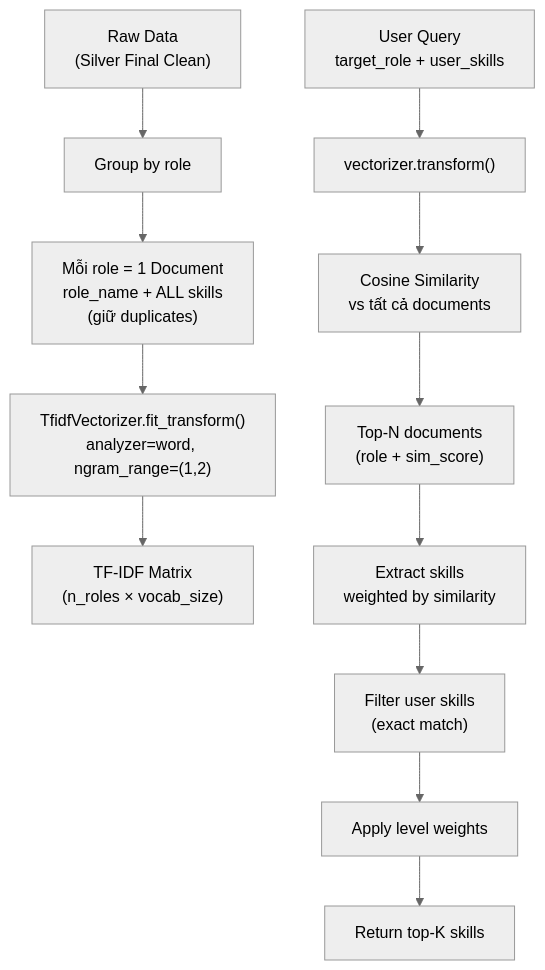
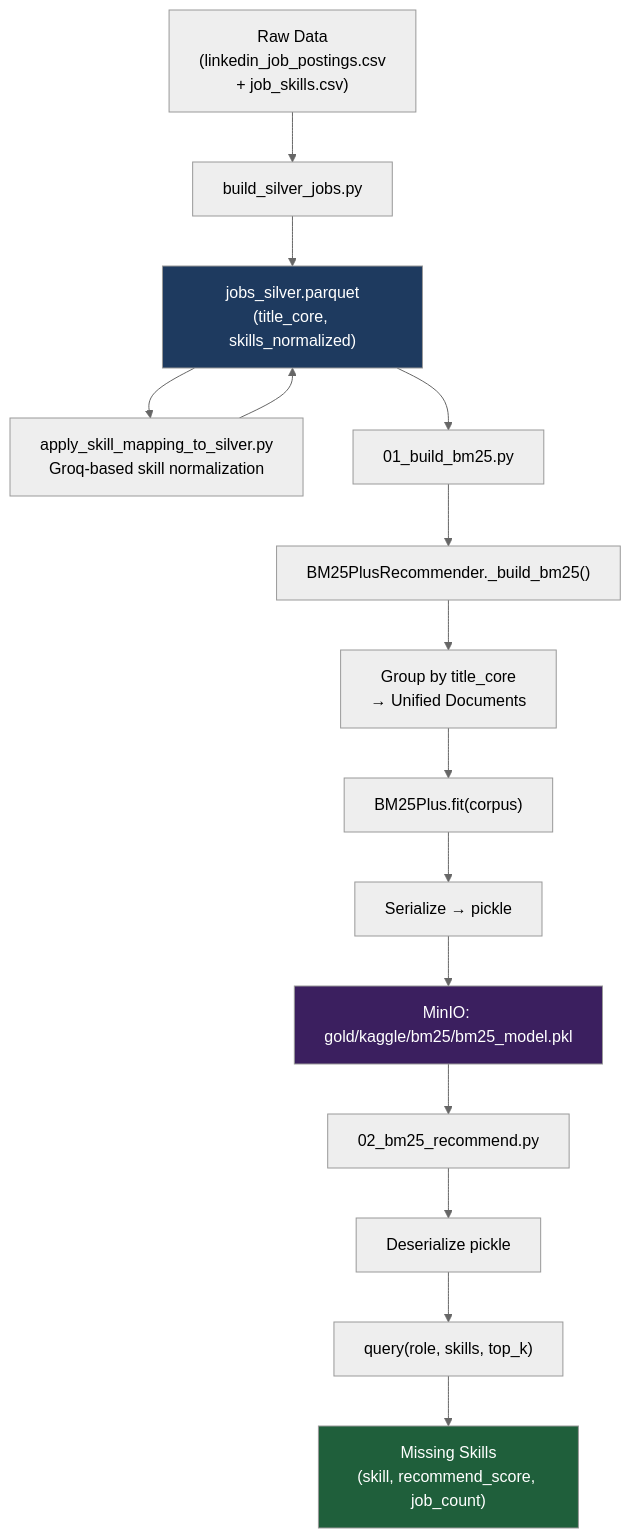
Before and after one commit to phulee9/BigData_Nhom_6: the diagram in docs/unified_tfidf_plan.md, drawn with Mermaid (neutral theme). The commit also changed other lines of this file and 6 other files, not shown here.

````diff
--- a/docs/unified_tfidf_plan.md
+++ b/docs/unified_tfidf_plan.md
@@ -35,15 +39,25 @@
 ```mermaid
 flowchart TD
-    A["Raw Data\n(Silver Final Clean)"] --> B["Group by role"]
-    B --> C["Mỗi role = 1 Document\nrole_name + ALL skills\n(giữ duplicates)"]
-    C --> D["TfidfVectorizer.fit_transform()\nanalyzer=word, ngram_range=(1,2)"]
-    D --> E["TF-IDF Matrix\n(n_roles × vocab_size)"]
+    A["Raw Data<br/>(linkedin_job_postings.csv<br/>+ job_skills.csv)"]
+    B["build_silver_jobs.py"]
+    C["jobs_silver.parquet<br/>(title_core, skills_normalized)"]
+    D["apply_skill_mapping_to_silver.py<br/>Groq-based skill normalization"]
+    E["01_build_bm25.py"]
+    F["BM25PlusRecommender._build_bm25()"]
+    G["Group by title_core<br/>→ Unified Documents"]
+    H["BM25Plus.fit(corpus)"]
+    I["Serialize → pickle"]
+    J["MinIO: gold/kaggle/bm25/bm25_model.pkl"]
+    K["02_bm25_recommend.py"]
+    L["Deserialize pickle"]
+    M["query(role, skills, top_k)"]
+    N["Missing Skills<br/>(skill, recommend_score, job_count)"]
 
-    Q["User Query\ntarget_role + user_skills"] --> F["vectorizer.transform()"]
-    F --> G["Cosine Similarity\nvs tất cả documents"]
-    G --> H["Top-N documents\n(role + sim_score)"]
-    H --> I["Extract skills\nweighted by similarity"]
-    I --> J["Filter user skills\n(exact match)"]
-    J --> K["Apply level weights"]
-    K --> L["Return top-K skills"]
+    A --> B --> C --> D --> C
+    C --> E --> F --> G --> H --> I --> J
+    J --> K --> L --> M --> N
+
+    style C fill:#1e3a5f,color:#fff
+    style J fill:#3b1f5f,color:#fff
+    style N fill:#1f5f3b,color:#fff
 ```
````
